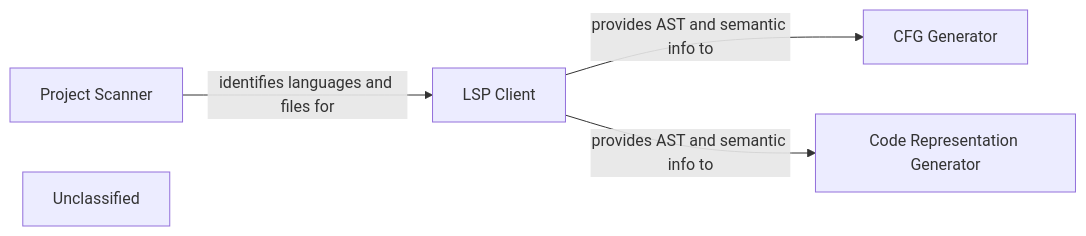
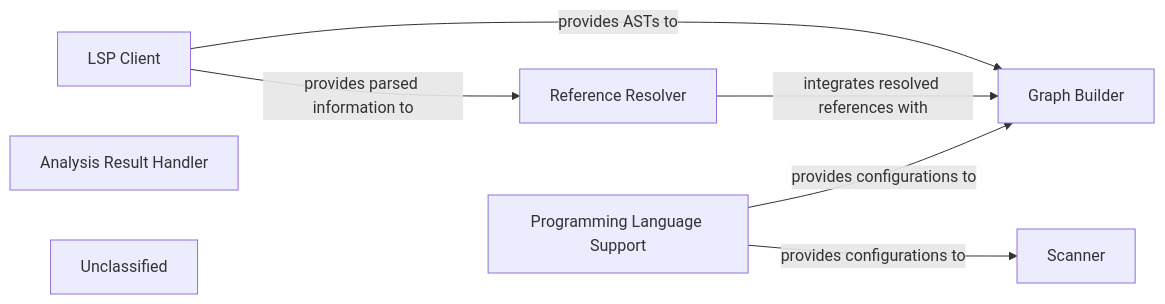
One commit to CodeBoarding/CodeBoarding changed the diagram in .codeboarding/Static_Analysis_Engine.md. Above: the diagram before and after it, drawn with Mermaid. The commit also changed other lines of this file and 13 other files, not shown here.

First line of the commit message:
docs: update codeboarding documentation and generate architecture

````diff
--- a/.codeboarding/Static_Analysis_Engine.md
+++ b/.codeboarding/Static_Analysis_Engine.md
@@ -1,11 +1,15 @@
 ```mermaid
 graph LR
-    Project_Scanner["Project Scanner"]
+    Scanner["Scanner"]
     LSP_Client["LSP Client"]
-    CFG_Generator["CFG Generator"]
-    Code_Representation_Generator["Code Representation Generator"]
+    Reference_Resolver["Reference Resolver"]
+    Graph_Builder["Graph Builder"]
+    Programming_Language_Support["Programming Language Support"]
+    Analysis_Result_Handler["Analysis Result Handler"]
     Unclassified["Unclassified"]
-    Project_Scanner -- "identifies languages and files for" --> LSP_Client
-    LSP_Client -- "provides AST and semantic info to" --> CFG_Generator
-    LSP_Client -- "provides AST and semantic info to" --> Code_Representation_Generator
+    LSP_Client -- "provides parsed information to" --> Reference_Resolver
+    LSP_Client -- "provides ASTs to" --> Graph_Builder
+    Reference_Resolver -- "integrates resolved references with" --> Graph_Builder
+    Programming_Language_Support -- "provides configurations to" --> Scanner
+    Programming_Language_Support -- "provides configurations to" --> Graph_Builder
 ```
````
